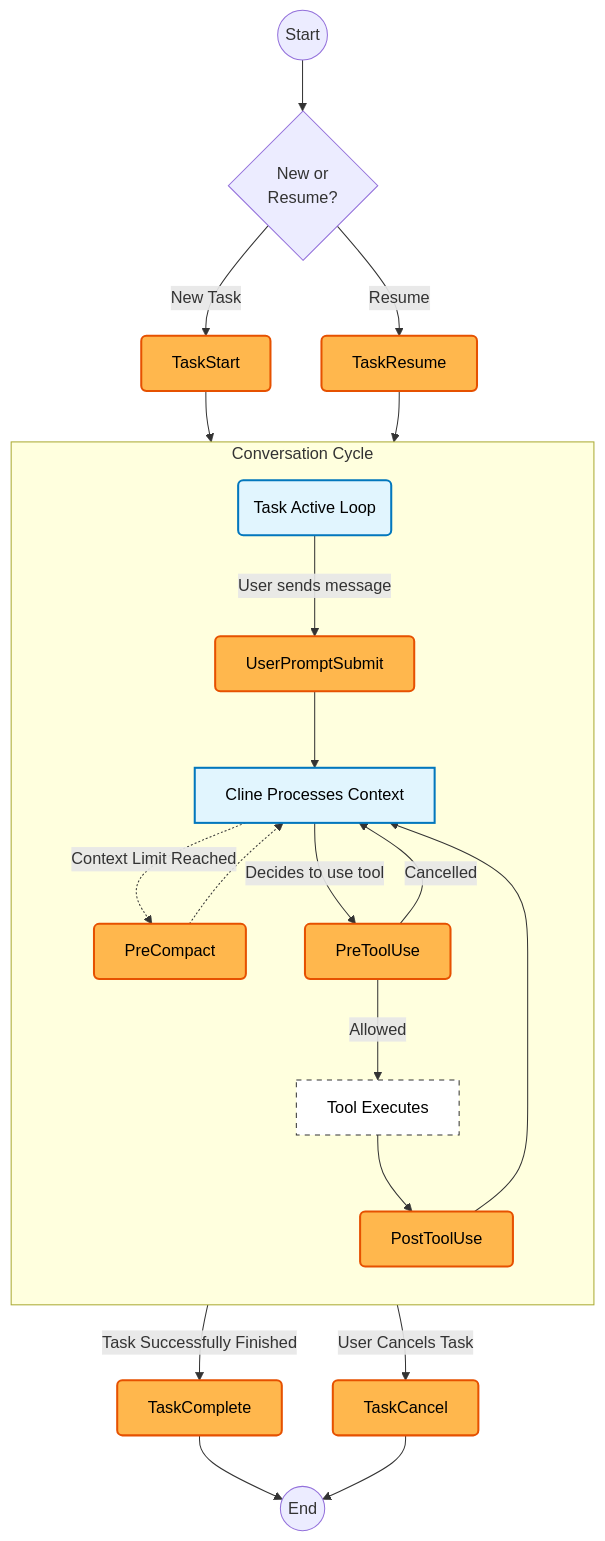
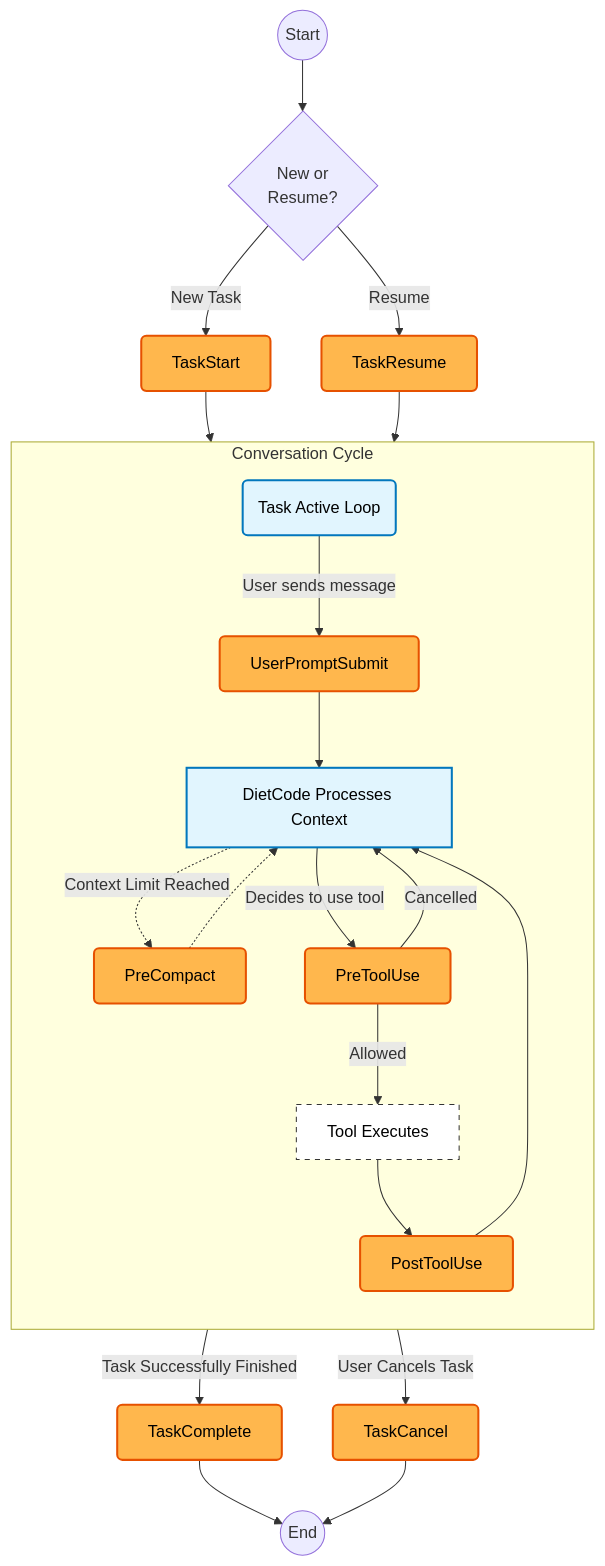
The diagram in docs/customization/hooks.mdx (CardSorting/LUMI), drawn with Mermaid before and after one commit. The commit also changed other lines of this file and 126 other files, not shown here.

````diff
--- a/docs/customization/hooks.mdx
+++ b/docs/customization/hooks.mdx
@@ -35,43 +35,43 @@
 ```mermaid
 flowchart TD
     %% Styling
     classDef hook fill:#FFB74D,stroke:#E65100,stroke-width:2px,color:black,rx:5,ry:5;
     classDef state fill:#E1F5FE,stroke:#0277BD,stroke-width:2px,color:black;
     classDef action fill:#FFFFFF,stroke:#333,stroke-width:1px,color:black,stroke-dasharray: 5 5;
 
     %% Entry Points
     Start((Start)) --> CheckType{New or<br/>Resume?}
     
     %% Initialization Hooks
     CheckType -- New Task --> H_Start[TaskStart]:::hook
     CheckType -- Resume --> H_Resume[TaskResume]:::hook
     
     %% Main Loop
     H_Start --> Loop(Task Active Loop):::state
     H_Resume --> Loop
 
     subgraph Conversation Cycle
         direction TB
         Loop -- User sends message --> H_Submit[UserPromptSubmit]:::hook
-        H_Submit --> Thinking[Cline Processes Context]:::state
+        H_Submit --> Thinking[DietCode Processes Context]:::state
         
         %% Context Compaction Path
         Thinking -. Context Limit Reached .-> H_Compact[PreCompact]:::hook
         H_Compact -.-> Thinking
         
         %% Tool Execution Path
         Thinking -- Decides to use tool --> H_PreTool[PreToolUse]:::hook
         H_PreTool -- Allowed --> ToolExec[Tool Executes]:::action
         H_PreTool -- Cancelled --> Thinking
         ToolExec --> H_PostTool[PostToolUse]:::hook
         H_PostTool --> Thinking
     end
 
     %% Termination Paths
     Thinking -- Task Successfully Finished --> H_Complete[TaskComplete]:::hook
     Loop -- User Cancels Task --> H_Cancel[TaskCancel]:::hook
     
     %% End
     H_Complete --> End((End))
     H_Cancel --> End
 ```
````
